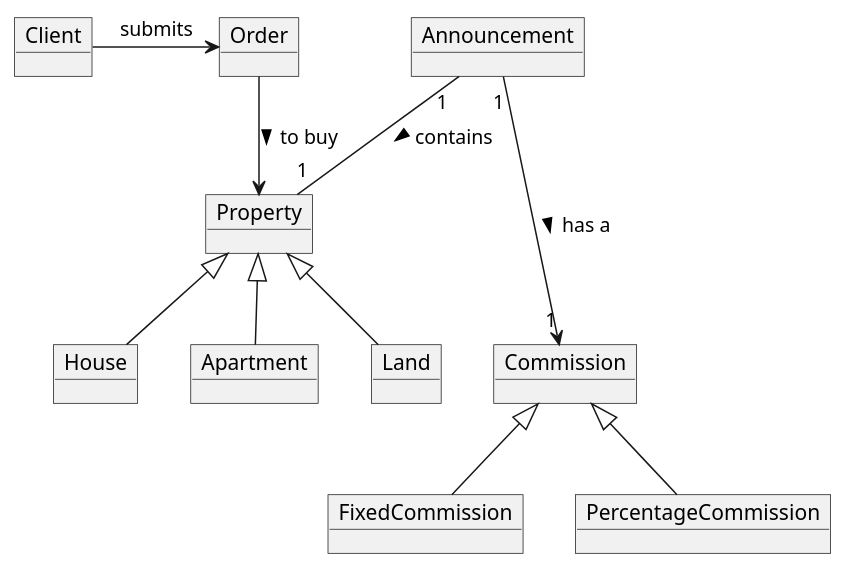
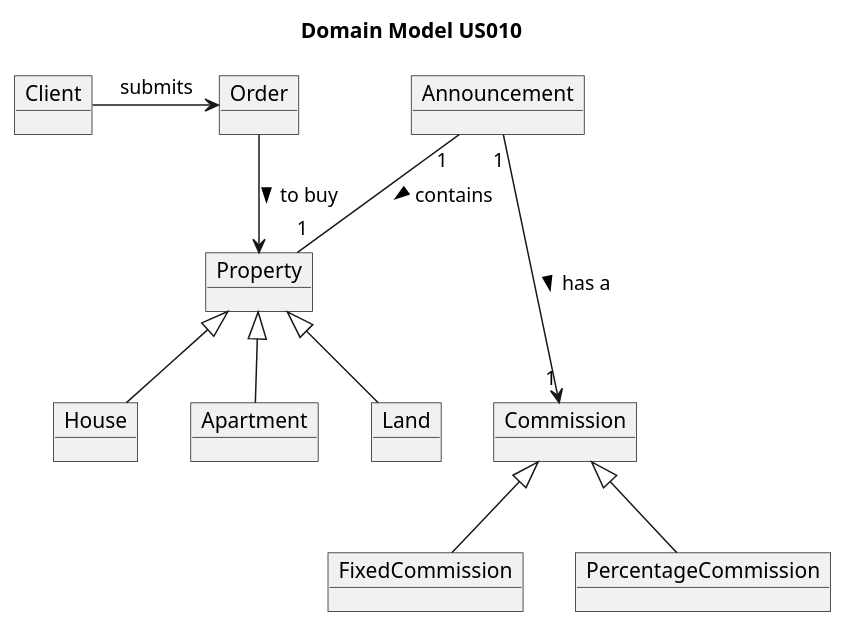
The diagram in docs/sprintD/US010/02.analysis/puml/US010-Domain Modal.puml (tiagohcorreia/LAPR2), drawn with PlantUML before and after one commit. The commit also changed 4 other files, not shown here.

Commit message:
US020 - Domain Model updated

```diff
--- a/docs/sprintD/US010/02.analysis/puml/US010-Domain Modal.puml
+++ b/docs/sprintD/US010/02.analysis/puml/US010-Domain Modal.puml
@@ -1,58 +1,60 @@
 @startuml
+
+title Domain Model US010
 
 object Client {
 
 }
 
 object Order {
 
 }
 
 object Announcement {
 
 }
 
 object Property {
 
 }
 
 object House {
 
 
 }
 
 object Apartment {
 
 }
 
 object Land {
 
 }
 
 object Commission{
 
 }
 
 object FixedCommission {
 
 }
 
 object PercentageCommission {
 
 }
 
 Client -> Order: submits
 
 Announcement "1" -- "1" Property: contains >
 Announcement "1" ---> "1" Commission: has a >
 
 Property <|-- House
 Property <|-- Apartment
 Property <|-- Land
 
 Commission <|-- FixedCommission
 Commission <|-- PercentageCommission
 
 Order --> Property: to buy >
 
 @enduml
```
